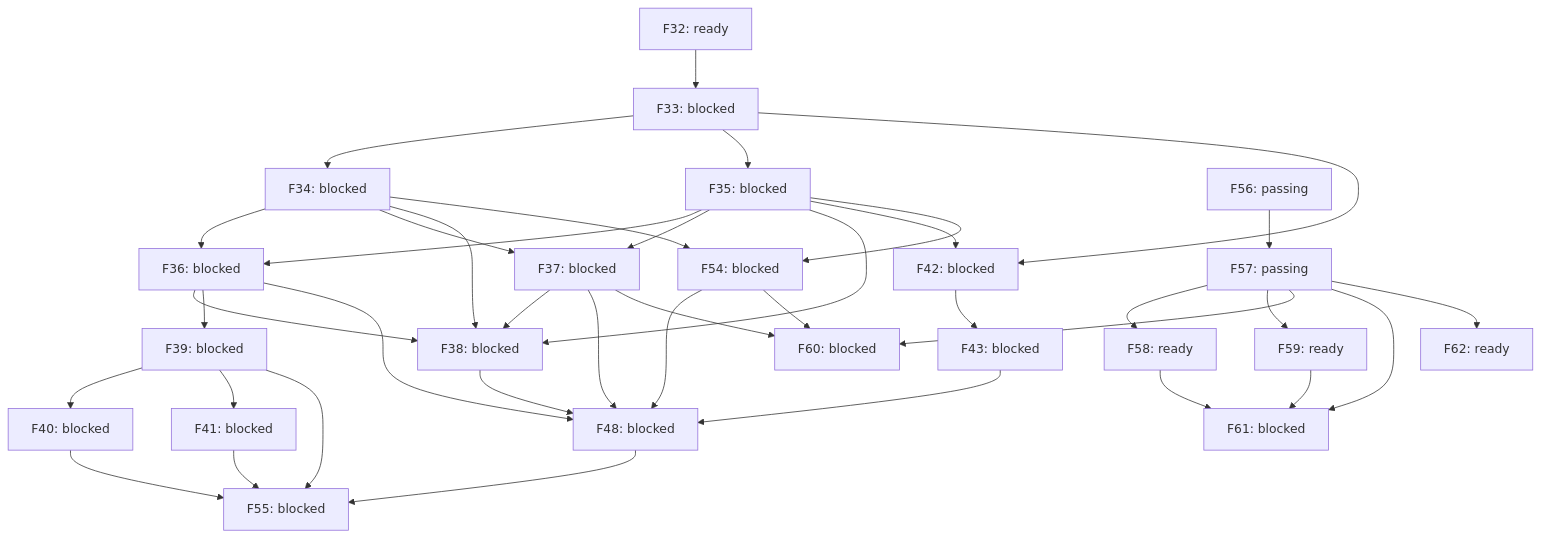
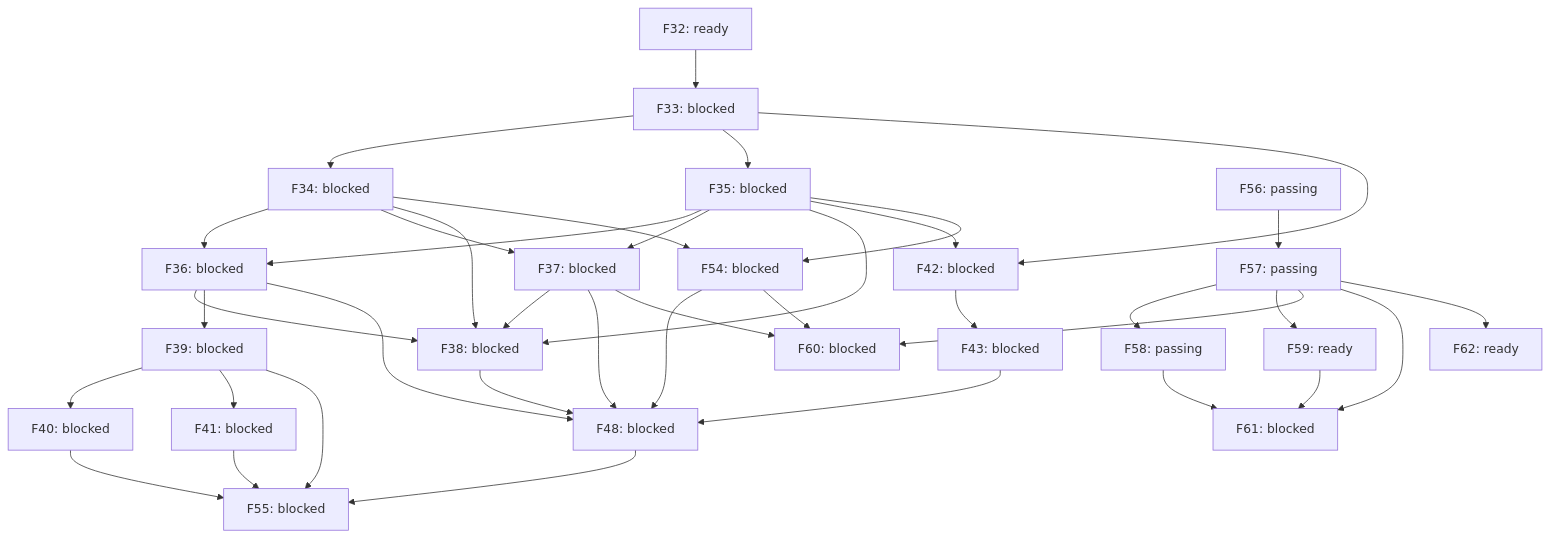
Before and after one commit to alex-nax/rengine: the diagram in docs/roadmap-graph.md, drawn with Mermaid. The commit also changed other lines of this file and 19 other files, not shown here.

````diff
--- a/docs/roadmap-graph.md
+++ b/docs/roadmap-graph.md
@@ -7,63 +7,63 @@
 ```mermaid
 flowchart TD
   F32["F32: ready"]
   F33["F33: blocked"]
   F32 --> F33
   F34["F34: blocked"]
   F33 --> F34
   F35["F35: blocked"]
   F33 --> F35
   F36["F36: blocked"]
   F34 --> F36
   F35 --> F36
   F37["F37: blocked"]
   F34 --> F37
   F35 --> F37
   F38["F38: blocked"]
   F34 --> F38
   F35 --> F38
   F36 --> F38
   F37 --> F38
   F39["F39: blocked"]
   F36 --> F39
   F40["F40: blocked"]
   F39 --> F40
   F41["F41: blocked"]
   F39 --> F41
   F42["F42: blocked"]
   F33 --> F42
   F35 --> F42
   F43["F43: blocked"]
   F42 --> F43
   F48["F48: blocked"]
   F36 --> F48
   F37 --> F48
   F38 --> F48
   F43 --> F48
   F54 --> F48
   F54["F54: blocked"]
   F34 --> F54
   F35 --> F54
   F55["F55: blocked"]
   F39 --> F55
   F40 --> F55
   F41 --> F55
   F48 --> F55
   F56["F56: passing"]
   F57["F57: passing"]
   F56 --> F57
-  F58["F58: ready"]
+  F58["F58: passing"]
   F57 --> F58
   F59["F59: ready"]
   F57 --> F59
   F60["F60: blocked"]
   F57 --> F60
   F37 --> F60
   F54 --> F60
   F61["F61: blocked"]
   F57 --> F61
   F58 --> F61
   F59 --> F61
   F62["F62: ready"]
   F57 --> F62
 ```
````
